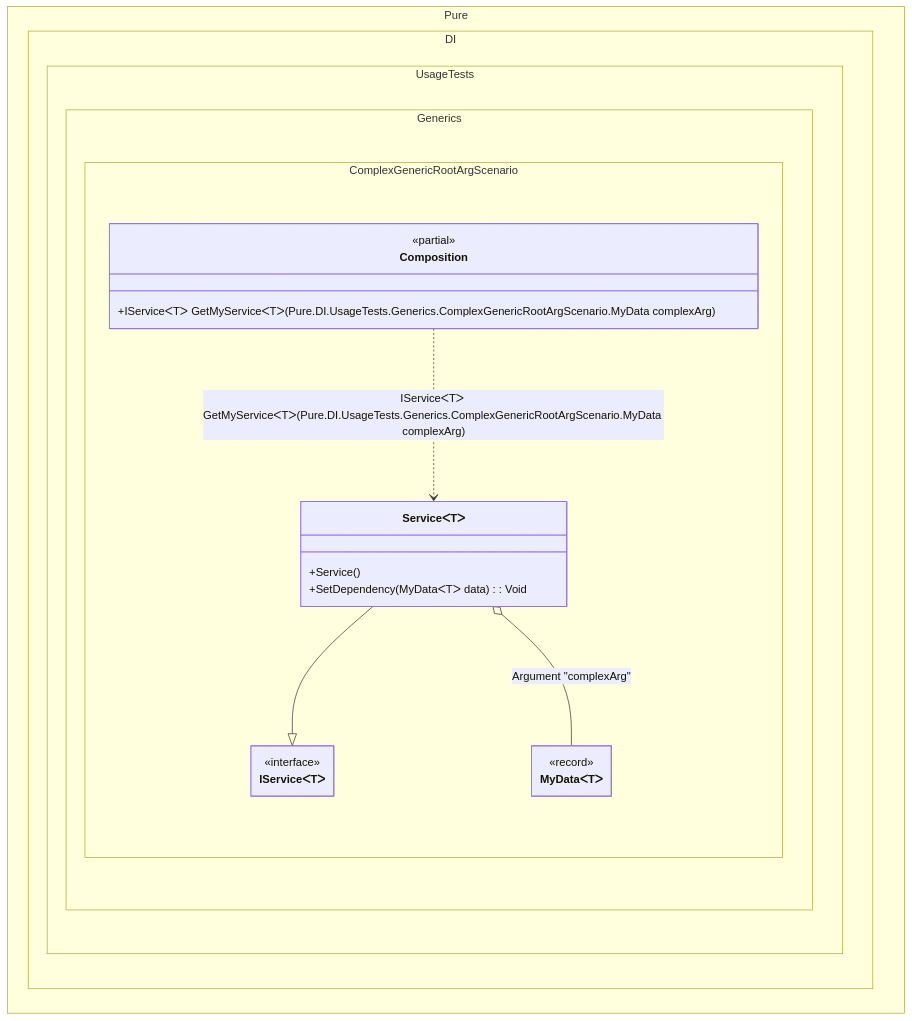
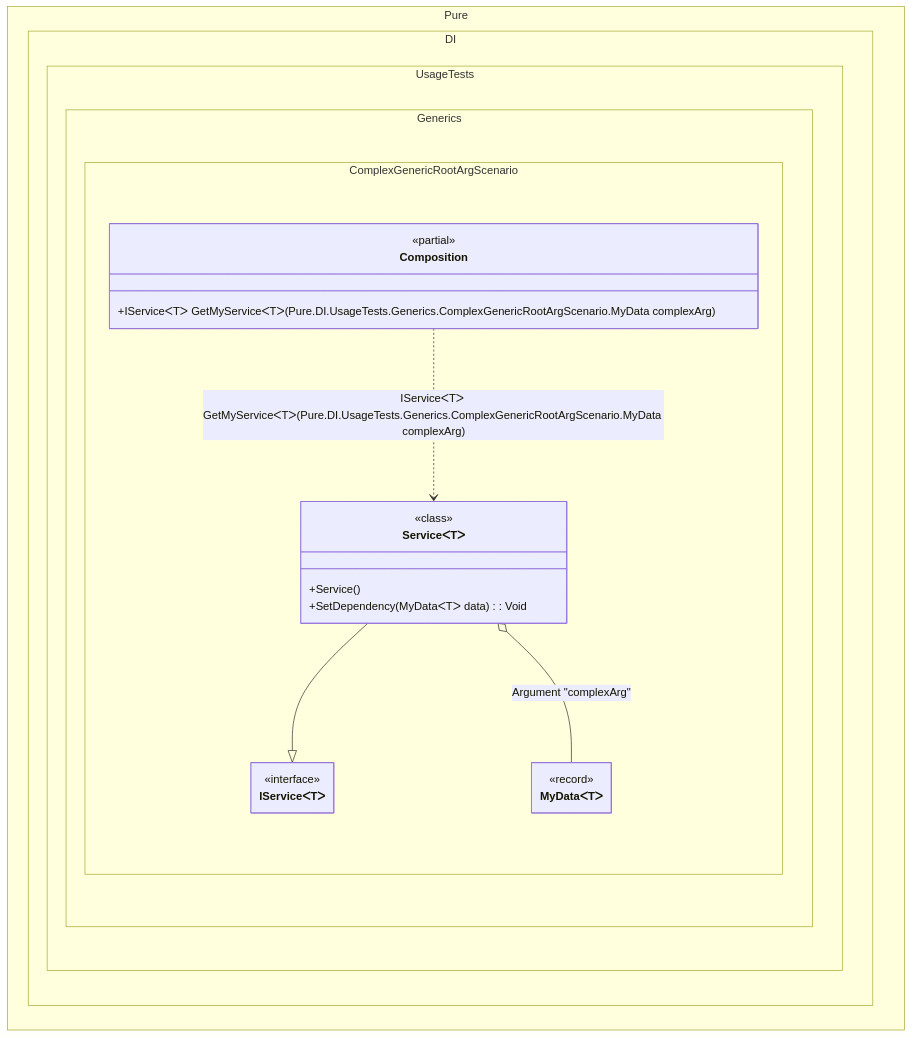
Before and after one commit to DevTeam/Pure.DI: the diagram in readme/complex-generic-root-arguments.md, drawn with Mermaid. The commit also changed 145 other files, not shown here.

````diff
--- a/readme/complex-generic-root-arguments.md
+++ b/readme/complex-generic-root-arguments.md
@@ -94,27 +94,30 @@
 ```mermaid
 ---
  config:
+  maxTextSize: 2147483647
+  maxEdges: 2147483647
   class:
    hideEmptyMembersBox: true
 ---
 classDiagram
 	ServiceᐸTᐳ --|> IServiceᐸTᐳ
 	Composition ..> ServiceᐸTᐳ : IServiceᐸTᐳ GetMyServiceᐸTᐳ(Pure.DI.UsageTests.Generics.ComplexGenericRootArgScenario.MyData<T> complexArg)
 	ServiceᐸTᐳ o-- MyDataᐸTᐳ : Argument "complexArg"
 	namespace Pure.DI.UsageTests.Generics.ComplexGenericRootArgScenario {
 		class Composition {
 		<<partial>>
 		+IServiceᐸTᐳ GetMyServiceᐸTᐳ(Pure.DI.UsageTests.Generics.ComplexGenericRootArgScenario.MyData<T> complexArg)
 		}
 		class IServiceᐸTᐳ {
 			<<interface>>
 		}
 		class MyDataᐸTᐳ {
 				<<record>>
 		}
 		class ServiceᐸTᐳ {
+				<<class>>
 			+Service()
 			+SetDependency(MyDataᐸTᐳ data) : Void
 		}
 	}
 ```
````
